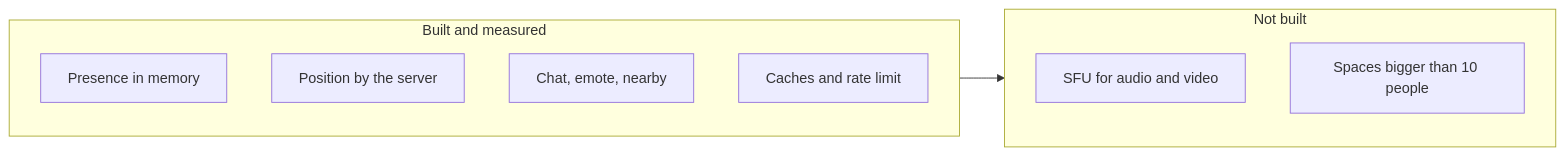
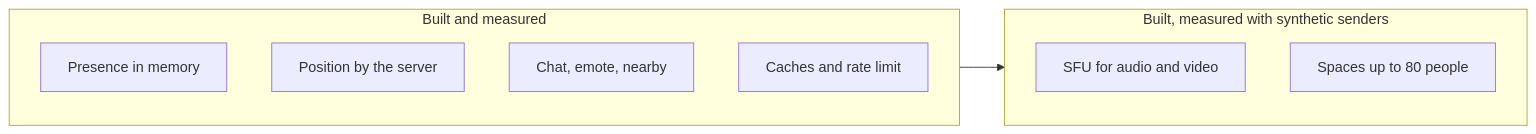
Before and after one commit to kauavitorrodrigues/standin: the first of 5 diagrams in docs/performance.md, drawn with Mermaid. The commit also changed other lines of this file, not shown here.

````diff
--- a/docs/performance.md
+++ b/docs/performance.md
@@ -25,14 +23,14 @@
 ```mermaid
 flowchart LR
     subgraph done["Built and measured"]
         A[Presence in memory]
         B[Position by the server]
         C[Chat, emote, nearby]
         D[Caches and rate limit]
     end
-    subgraph todo["Not built"]
+    subgraph todo["Built, measured with synthetic senders"]
         E[SFU for audio and video]
-        F[Spaces bigger than 10 people]
+        F[Spaces up to 80 people]
     end
     done --> todo
 ```
````
